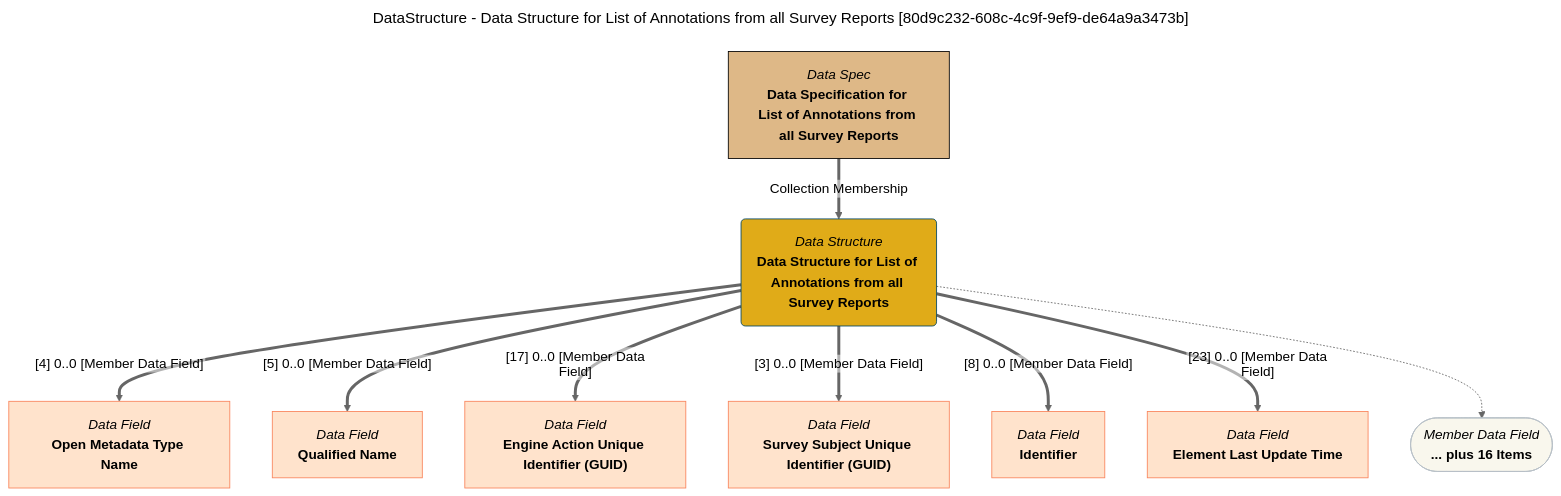
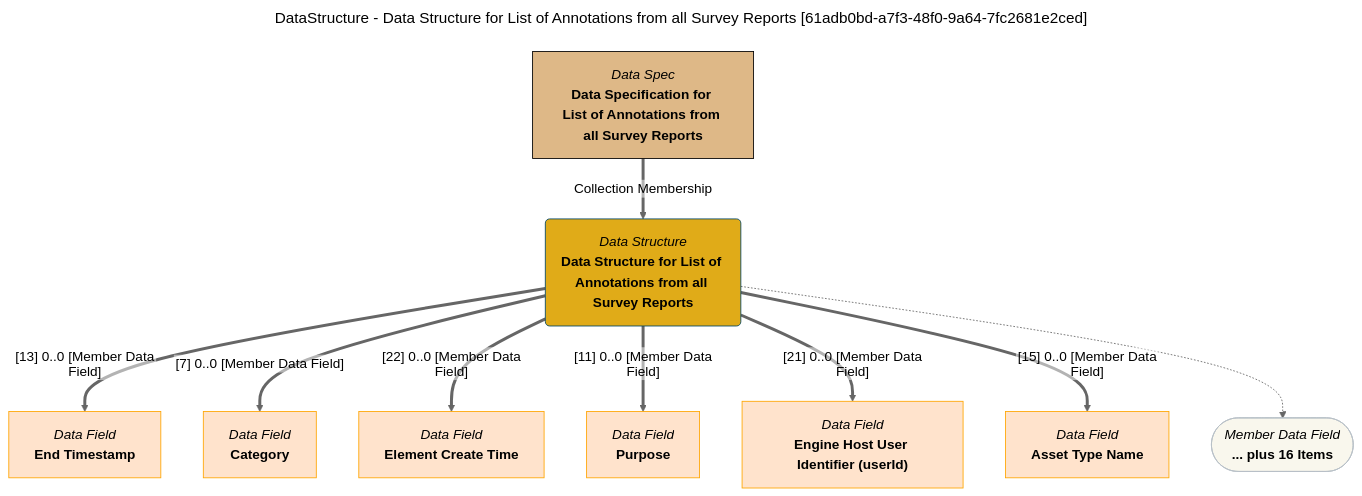
Before and after one commit to odpi/egeria-docs: the diagram in site/snippets/data-structures/data-structure-for-list-of-annotations-from-all-survey-reports-mermaid-graph.md, drawn with Mermaid (neutral theme). The commit also changed 2201 other files, not shown here.

````diff
--- a/site/snippets/data-structures/data-structure-for-list-of-annotations-from-all-survey-reports-mermaid-graph.md
+++ b/site/snippets/data-structures/data-structure-for-list-of-annotations-from-all-survey-reports-mermaid-graph.md
@@ -1,43 +1,43 @@
 ```mermaid
 ---
-title: DataStructure - Data Structure for List of Annotations from all Survey Reports [80d9c232-608c-4c9f-9ef9-de64a9a3473b]
+title: DataStructure - Data Structure for List of Annotations from all Survey Reports [61adb0bd-a7f3-48f0-9a64-7fc2681e2ced]
 ---
 flowchart TD
 %%{init: {"flowchart": {"htmlLabels": false}} }%%
 
 1@{ shape: rounded, label: "*Data Structure*
 **Data Structure for List of Annotations from all Survey Reports**"}
 2@{ shape: rect, label: "*Data Spec*
 **Data Specification for List of Annotations from all Survey Reports**"}
 2==>|"Collection Membership"|1
 3@{ shape: rect, label: "*Data Field*
-**Open Metadata Type Name**"}
-1==>|"[4] 0..0 [Member Data Field]"|3
+**End Timestamp**"}
+1==>|"[13] 0..0 [Member Data Field]"|3
 4@{ shape: rect, label: "*Data Field*
-**Qualified Name**"}
-1==>|"[5] 0..0 [Member Data Field]"|4
+**Category**"}
+1==>|"[7] 0..0 [Member Data Field]"|4
 5@{ shape: rect, label: "*Data Field*
-**Engine Action Unique Identifier (GUID)**"}
-1==>|"[17] 0..0 [Member Data Field]"|5
+**Element Create Time**"}
+1==>|"[22] 0..0 [Member Data Field]"|5
 6@{ shape: rect, label: "*Data Field*
-**Survey Subject Unique Identifier (GUID)**"}
-1==>|"[3] 0..0 [Member Data Field]"|6
+**Purpose**"}
+1==>|"[11] 0..0 [Member Data Field]"|6
 7@{ shape: rect, label: "*Data Field*
-**Identifier**"}
-1==>|"[8] 0..0 [Member Data Field]"|7
+**Engine Host User Identifier (userId)**"}
+1==>|"[21] 0..0 [Member Data Field]"|7
 8@{ shape: rect, label: "*Data Field*
-**Element Last Update Time**"}
-1==>|"[23] 0..0 [Member Data Field]"|8
+**Asset Type Name**"}
+1==>|"[15] 0..0 [Member Data Field]"|8
 9@{ shape: stadium, label: "*Member Data Field*
 **... plus 16 Items**"}
 1-.->9
 style 1 color:#000000, fill:#e0ab18, stroke:#004563
-style 2 color:#000000, fill:#deb887, stroke:#000000
-style 3 color:#000000, fill:#ffe3cc, stroke:#f9845b
-style 4 color:#000000, fill:#ffe3cc, stroke:#f9845b
-style 5 color:#000000, fill:#ffe3cc, stroke:#f9845b
-style 6 color:#000000, fill:#ffe3cc, stroke:#f9845b
-style 7 color:#000000, fill:#ffe3cc, stroke:#f9845b
-style 8 color:#000000, fill:#ffe3cc, stroke:#f9845b
+style 2 color:#000000, fill:#DEB887, stroke:#000000
+style 3 color:#000000, fill:#ffe3cc, stroke:#FFA500
+style 4 color:#000000, fill:#ffe3cc, stroke:#FFA500
+style 5 color:#000000, fill:#ffe3cc, stroke:#FFA500
+style 6 color:#000000, fill:#ffe3cc, stroke:#FFA500
+style 7 color:#000000, fill:#ffe3cc, stroke:#FFA500
+style 8 color:#000000, fill:#ffe3cc, stroke:#FFA500
 style 9 color:#000000, fill:#F9F7ED, stroke:#b7c0c7
 ```
````
